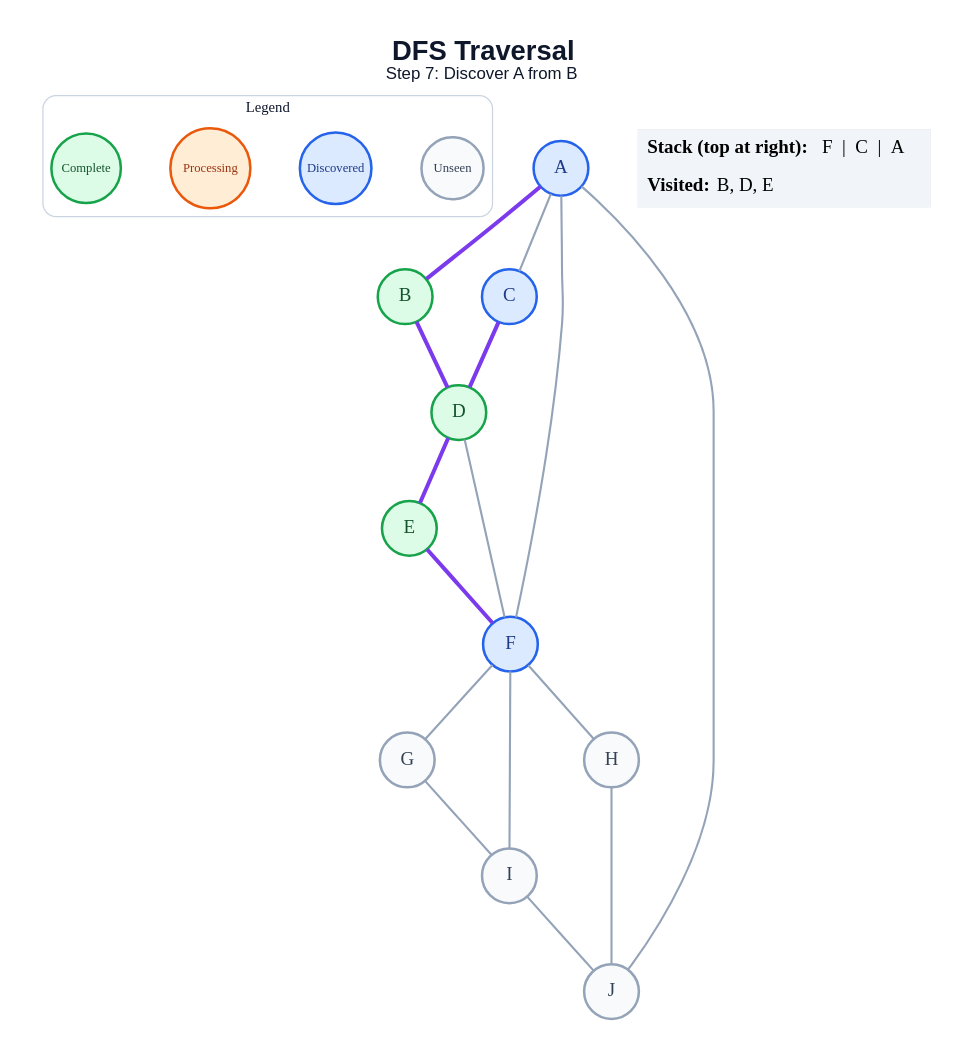
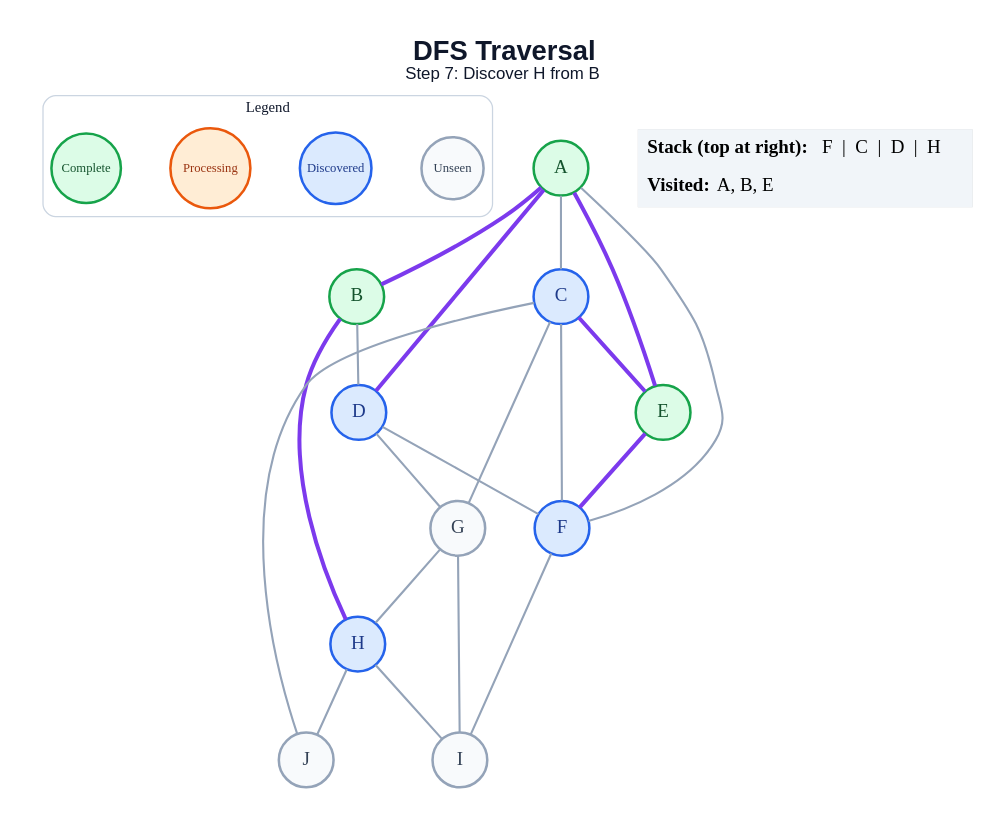
The diagram in generated/specific-node/dfs/step_07.dot (amanghodawala9/ai-slop), drawn with Graphviz before and after one commit. The commit also changed 178 other files, not shown here.

```diff
--- a/generated/specific-node/dfs/step_07.dot
+++ b/generated/specific-node/dfs/step_07.dot
@@ -1,44 +1,48 @@
 graph traversal {
   graph [layout=dot, rankdir=TB, bgcolor="#FFFFFF", pad="0.35", nodesep="0.65", ranksep="0.8", fontname="Arial"];
   node [shape=circle, style="filled", fontname="Arial Bold", fontsize=18, width=0.72, fixedsize=true, penwidth=2.4];
   edge [color="#94A3B8", penwidth=2.0];
-  label=<<B>DFS Traversal</B><BR/><FONT POINT-SIZE="16">Step 7: Discover A from B</FONT>>; labelloc="t"; fontsize=26; fontname="Arial"; fontcolor="#0F172A";
+  label=<<B>DFS Traversal</B><BR/><FONT POINT-SIZE="16">Step 7: Discover H from B</FONT>>; labelloc="t"; fontsize=26; fontname="Arial"; fontcolor="#0F172A";
   subgraph cluster_legend { label="Legend"; color="#CBD5E1"; penwidth=1.2; style="rounded"; fontsize=14; fontname="Arial Bold";
     key_unseen [label="Unseen", fillcolor="#F8FAFC", color="#94A3B8", fontcolor="#334155", fontsize=12, width=0.82];
     key_frontier [label="Discovered", fillcolor="#DBEAFE", color="#2563EB", fontcolor="#1E3A8A", fontsize=12, width=0.95];
     key_current [label="Processing", fillcolor="#FFEDD5", color="#EA580C", fontcolor="#9A3412", fontsize=12, width=1.05];
     key_done [label="Complete", fillcolor="#DCFCE7", color="#16A34A", fontcolor="#14532D", fontsize=12, width=0.92];
     { rank=same; key_unseen; key_frontier; key_current; key_done; }
   }
-  A [fillcolor="#DBEAFE", color="#2563EB", fontcolor="#1E3A8A"];
+  A [fillcolor="#DCFCE7", color="#16A34A", fontcolor="#14532D"];
   B [fillcolor="#DCFCE7", color="#16A34A", fontcolor="#14532D"];
   C [fillcolor="#DBEAFE", color="#2563EB", fontcolor="#1E3A8A"];
-  D [fillcolor="#DCFCE7", color="#16A34A", fontcolor="#14532D"];
+  D [fillcolor="#DBEAFE", color="#2563EB", fontcolor="#1E3A8A"];
   E [fillcolor="#DCFCE7", color="#16A34A", fontcolor="#14532D"];
   F [fillcolor="#DBEAFE", color="#2563EB", fontcolor="#1E3A8A"];
   G [fillcolor="#F8FAFC", color="#94A3B8", fontcolor="#334155"];
-  H [fillcolor="#F8FAFC", color="#94A3B8", fontcolor="#334155"];
+  H [fillcolor="#DBEAFE", color="#2563EB", fontcolor="#1E3A8A"];
   I [fillcolor="#F8FAFC", color="#94A3B8", fontcolor="#334155"];
   J [fillcolor="#F8FAFC", color="#94A3B8", fontcolor="#334155"];
   A -- B [color="#7C3AED", penwidth=3.8];
   A -- C;
+  A -- D [color="#7C3AED", penwidth=3.8];
+  A -- E [color="#7C3AED", penwidth=3.8];
   A -- F;
-  A -- J;
-  B -- D [color="#7C3AED", penwidth=3.8];
-  C -- D [color="#7C3AED", penwidth=3.8];
-  D -- E [color="#7C3AED", penwidth=3.8];
+  B -- D;
+  B -- H [color="#7C3AED", penwidth=3.8];
+  C -- E [color="#7C3AED", penwidth=3.8];
+  C -- F;
+  C -- G;
+  C -- J;
   D -- F;
+  D -- G;
   E -- F [color="#7C3AED", penwidth=3.8];
-  F -- G;
-  F -- H;
   F -- I;
+  G -- H;
   G -- I;
+  H -- I;
   H -- J;
-  I -- J;
   status [shape=plain, fixedsize=false, width=0, height=0, margin=0, label=<
     <TABLE BORDER="0" CELLBORDER="0" CELLPADDING="7" BGCOLOR="#F1F5F9">
-      <TR><TD ALIGN="LEFT"><B>Stack (top at right):</B> F  |  C  |  A</TD></TR>
-      <TR><TD ALIGN="LEFT"><B>Visited:</B> B, D, E</TD></TR>
+      <TR><TD ALIGN="LEFT"><B>Stack (top at right):</B> F  |  C  |  D  |  H</TD></TR>
+      <TR><TD ALIGN="LEFT"><B>Visited:</B> A, B, E</TD></TR>
     </TABLE>
   >];
 }
```
